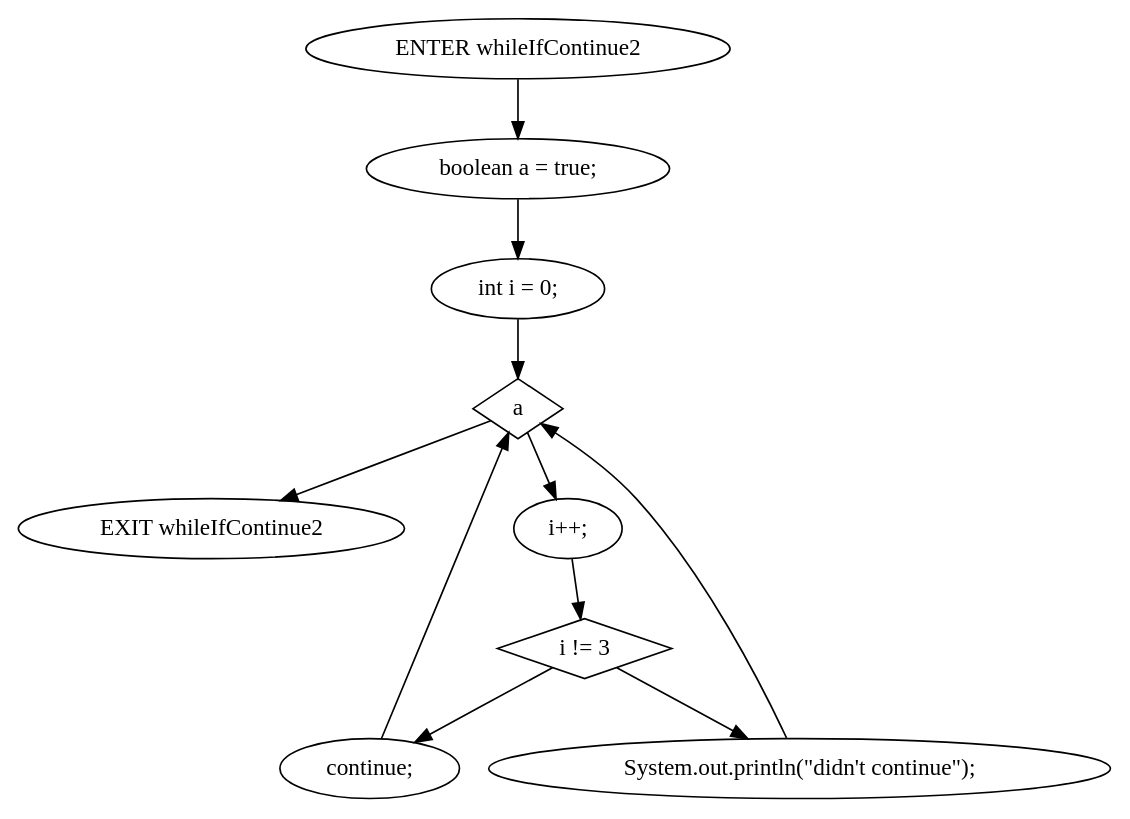
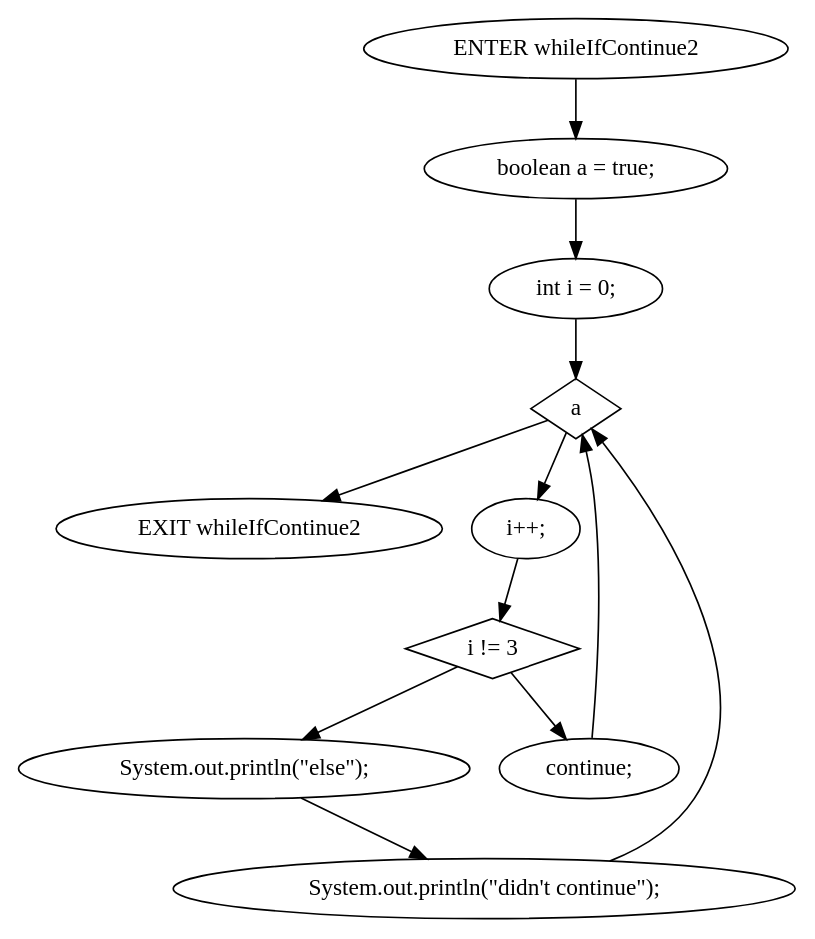
One commit to Surprise-Jing/Java-oriented-analysis-and-understanding-tools changed the diagram in staticSlicer/data/testcases/output/while/WhileIf/cfg/dot/whileIfContinue2().dot. Above: the diagram before and after it, drawn with Graphviz. The commit also changed 92 other files, not shown here.

Commit message:
修改依赖图的生成逻辑

```diff
--- a/staticSlicer/data/testcases/output/while/WhileIf/cfg/dot/whileIfContinue2().dot
+++ b/staticSlicer/data/testcases/output/while/WhileIf/cfg/dot/whileIfContinue2().dot
@@ -1,21 +1,23 @@
 digraph G {
   0 [ label="ENTER whileIfContinue2" ];
   1 [ label="EXIT whileIfContinue2" ];
   2 [ label="boolean a = true;" ];
   3 [ label="int i = 0;" ];
   4 [ shape="diamond" label="a" ];
   5 [ label="i++;" ];
   6 [ shape="diamond" label="i != 3" ];
   7 [ label="continue;" ];
-  8 [ label="System.out.println(\"didn't continue\");" ];
+  8 [ label="System.out.println(\"else\");" ];
+  9 [ label="System.out.println(\"didn't continue\");" ];
   0 -> 2;
   2 -> 3;
   3 -> 4;
   4 -> 5;
   5 -> 6;
   6 -> 7;
   6 -> 8;
-  8 -> 4;
+  8 -> 9;
+  9 -> 4;
   7 -> 4;
   4 -> 1;
 }
```
